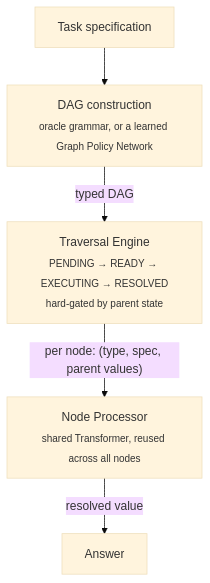
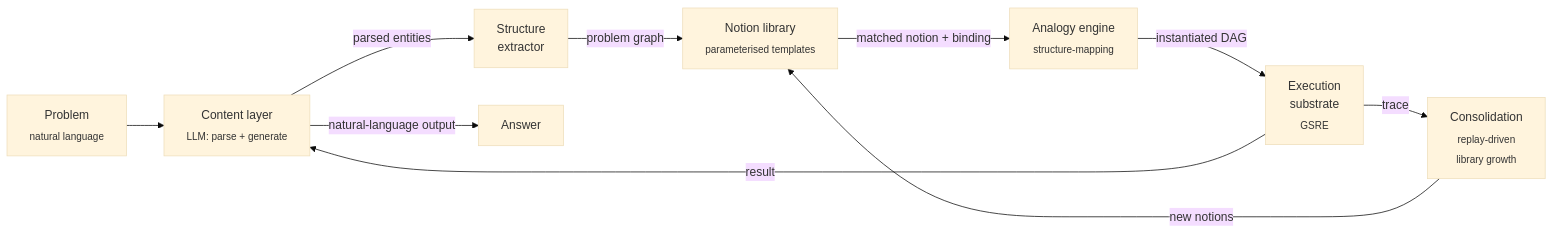
Before and after one commit to aryan-cs/notion-space: the diagram in README.md, drawn with Mermaid (base theme). The commit also changed other lines of this file and 3 other files, not shown here.

````diff
--- a/README.md
+++ b/README.md
@@ -45,13 +34,21 @@
 ```mermaid
-flowchart TD
-    Q["Task specification"]
-    E["DAG construction<br/><sub>oracle grammar, or a learned Graph Policy Network</sub>"]
-    T["Traversal Engine<br/><sub>PENDING → READY → EXECUTING → RESOLVED</sub><br/><sub>hard-gated by parent state</sub>"]
-    N["Node Processor<br/><sub>shared Transformer, reused across all nodes</sub>"]
-    A["Answer"]
+flowchart LR
+    Q["Problem<br/><sub>natural language</sub>"]
+    C["Content layer<br/><sub>LLM: parse + generate</sub>"]
+    S["Structure<br/>extractor"]
+    L["Notion library<br/><sub>parameterised templates</sub>"]
+    A["Analogy engine<br/><sub>structure-mapping</sub>"]
+    E["Execution<br/>substrate<br/><sub>GSRE</sub>"]
+    R["Answer"]
+    Con["Consolidation<br/><sub>replay-driven<br/>library growth</sub>"]
 
-    Q --> E
-    E -- "typed DAG" --> T
-    T -- "per node: (type, spec, parent values)" --> N
-    N -- "resolved value" --> A
+    Q --> C
+    C -- "parsed entities" --> S
+    S -- "problem graph" --> L
+    L -- "matched notion + binding" --> A
+    A -- "instantiated DAG" --> E
+    E -- "result" --> C
+    C -- "natural-language output" --> R
+    E -- "trace" --> Con
+    Con -- "new notions" --> L
 ```
````
